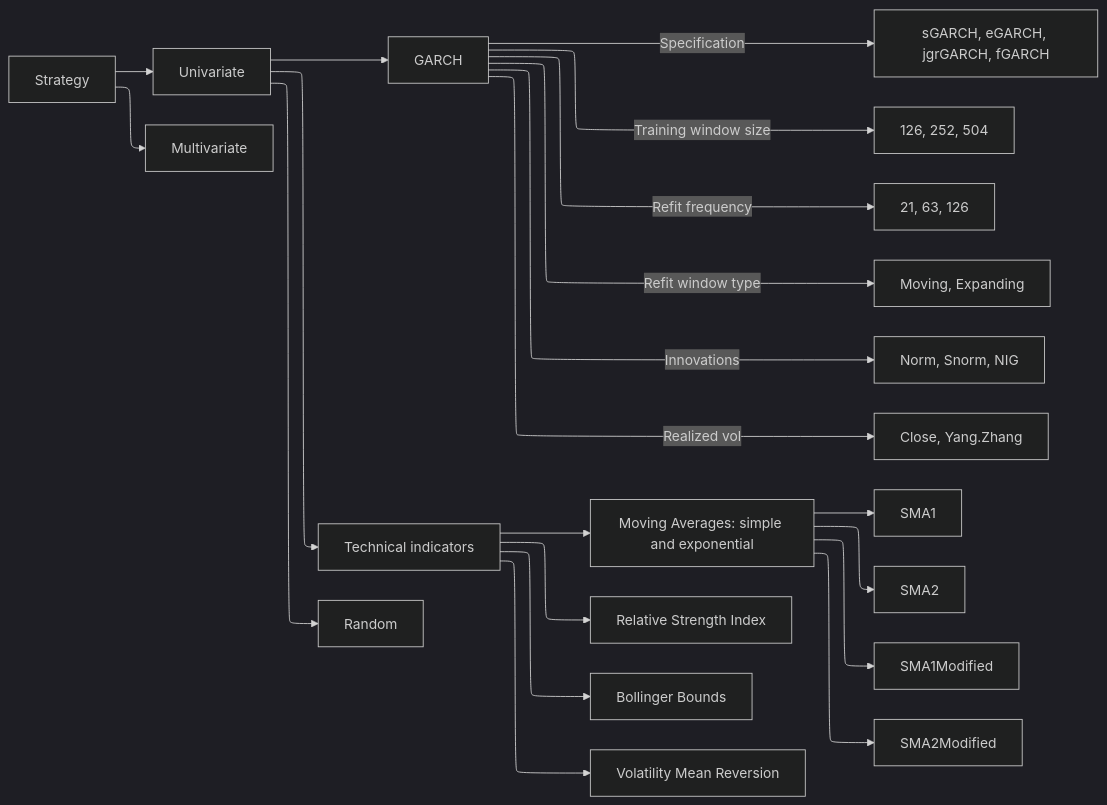
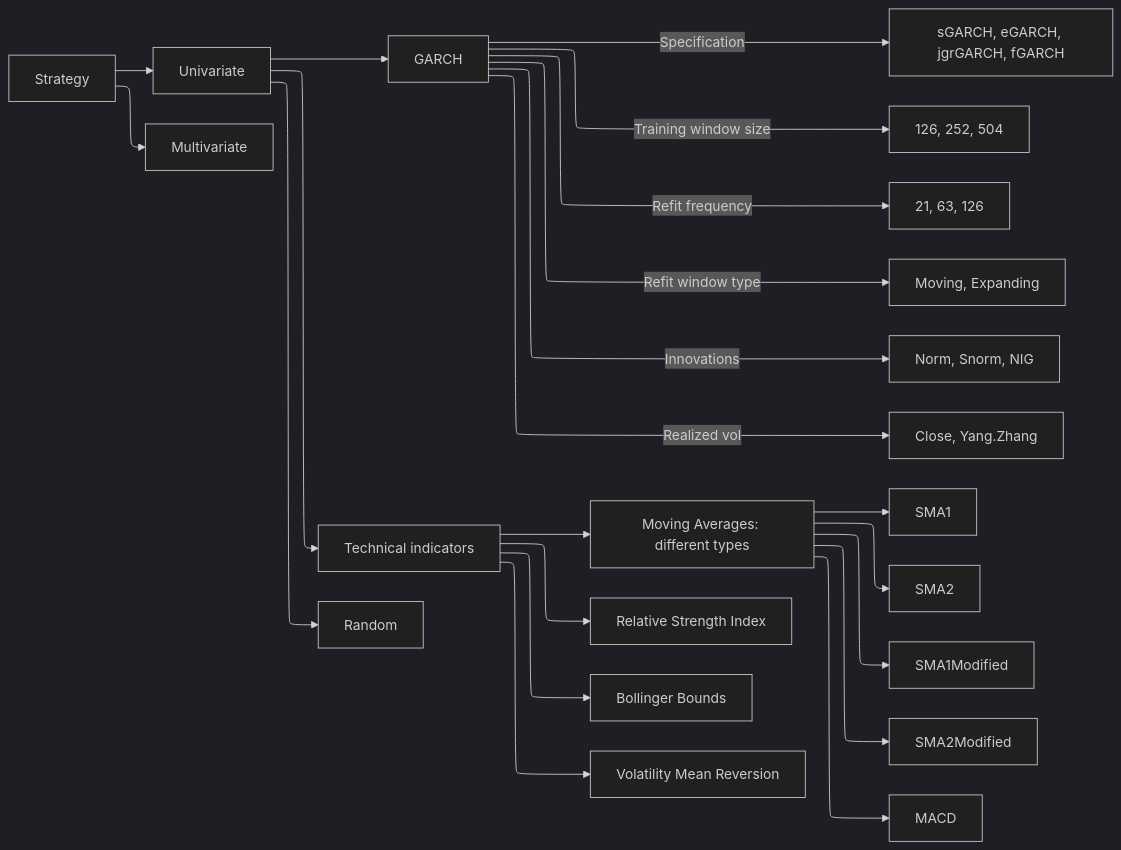
Before and after one commit to kraif999/ATS: the first of 2 diagrams in README.md, drawn with Mermaid (dark theme). The commit also changed 2 other files, not shown here.

Commit message:
Updating Strategies, adding run_backtest method for multiple instances creation

````diff
--- a/README.md
+++ b/README.md
@@ -11,23 +11,24 @@
 ```mermaid
 %%{init: {"flowchart": {"defaultRenderer": "elk", "nodeWidth": 1000}}}%%
 flowchart LR
     Strategy[Strategy] --> Univariate[Univariate]
     Strategy --> Multivariate[Multivariate]
     Univariate --> GARCH[GARCH]
     GARCH -->|Specification| spec[sGARCH, eGARCH, jgrGARCH, fGARCH]
     GARCH -->|Training window size| training[126, 252, 504]
     GARCH -->|Refit frequency| refit[21, 63, 126]
     GARCH -->|Refit window type| type[Moving, Expanding]
     GARCH -->|Innovations| distr[Norm, Snorm, NIG]
     GARCH -->|Realized vol| rv[Close, Yang.Zhang]
     Univariate --> Tech[Technical indicators]
-    Tech --> ma[Moving Averages: simple and exponential]
+    Tech --> ma[Moving Averages: different types]
     ma --> SMA1
     ma --> SMA2
     ma --> SMA1Modified
     ma --> SMA2Modified
+    ma --> MACD
     Tech --> rsi[Relative Strength Index]
     Tech --> bb[Bollinger Bounds]
     Tech --> vol[Volatility Mean Reversion]
     Univariate --> r[Random]
 ```
````
